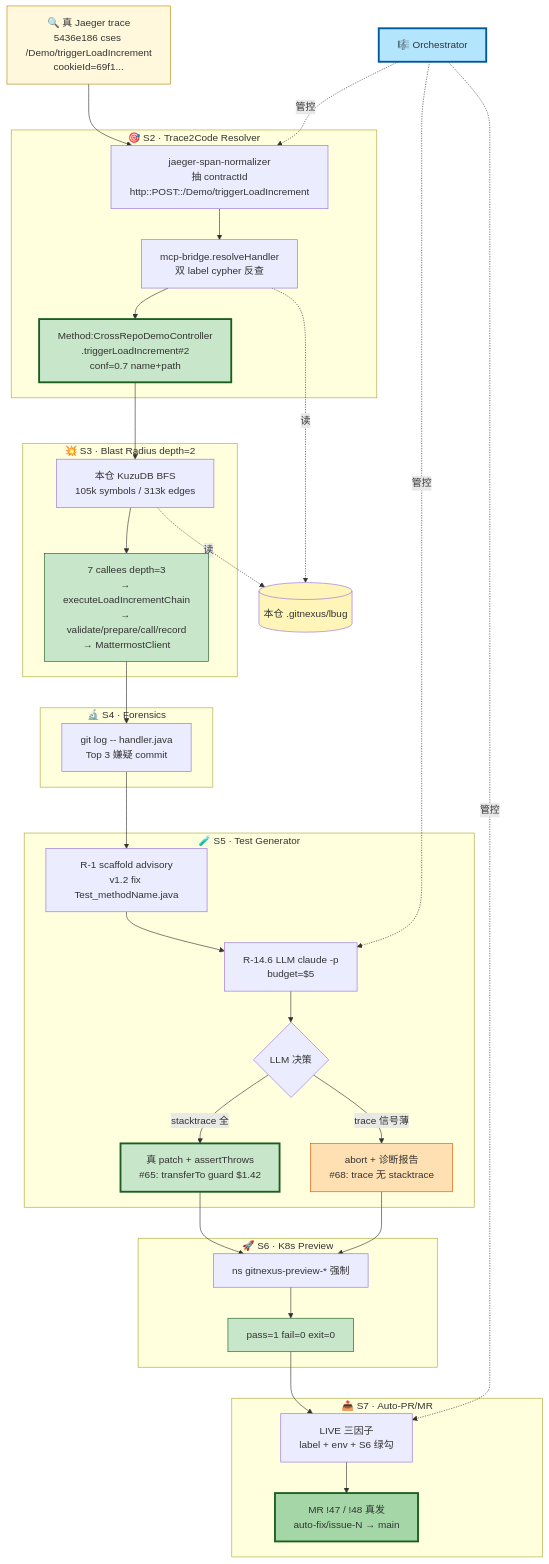
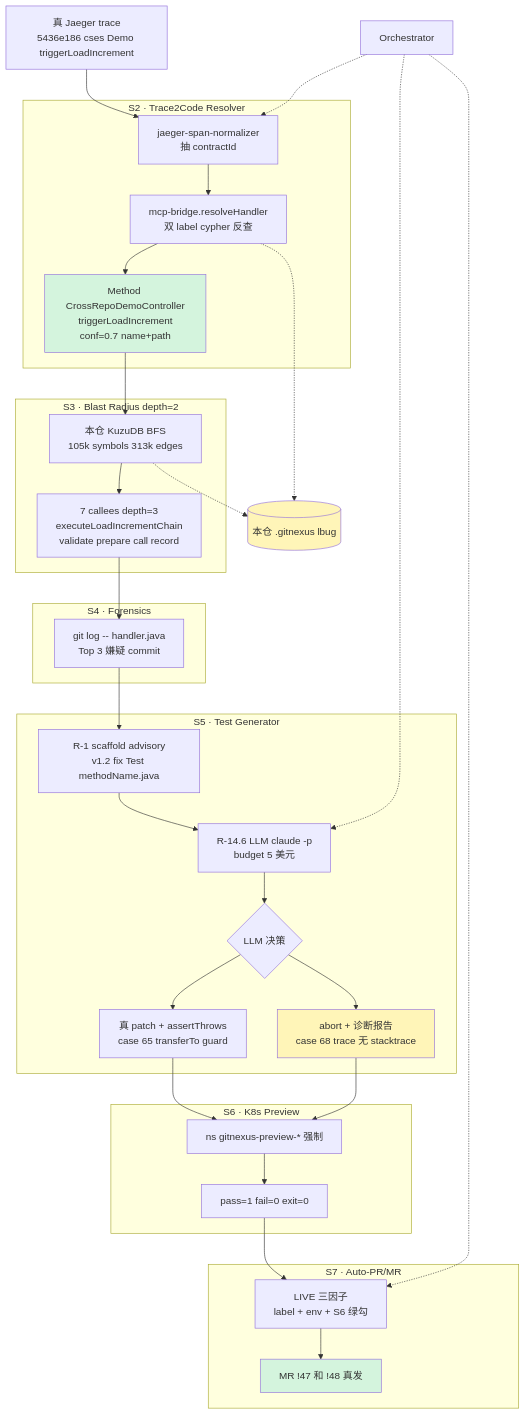
The diagram in docs/learn/diagrams/19-single-repo-blast.mmd (zxs1633079383/GitNexus), drawn with Mermaid before and after one commit. The commit also changed 3 other files, not shown here.

First line of the commit message:
style(diagrams): 4 mmd 大幅简化 — 跟 17.lbug-diff.mmd 极简风对齐

```diff
--- a/docs/learn/diagrams/19-single-repo-blast.mmd
+++ b/docs/learn/diagrams/19-single-repo-blast.mmd
@@ -1,75 +1,70 @@
 %% 单仓爆炸半径 — cses 内部一条 trace 完整 7 阶段
 %% v1.2 sprint 2026-05-01 / issue #65 → MR !47 / #68 → MR !48
 %% 配套：session §25 / 路线图 v2.1 §12
 
 flowchart TB
-    TRACE[🔍 真 Jaeger trace<br/>5436e186 cses /Demo/triggerLoadIncrement<br/>cookieId=69f1...]
+    TRACE[真 Jaeger trace<br/>5436e186 cses Demo triggerLoadIncrement]
 
-    subgraph S2_BLOCK["🎯 S2 · Trace2Code Resolver"]
-        S2_NORM[jaeger-span-normalizer<br/>抽 contractId<br/>http::POST::/Demo/triggerLoadIncrement]
+    subgraph S2_BLOCK["S2 · Trace2Code Resolver"]
+        S2_NORM[jaeger-span-normalizer<br/>抽 contractId]
         S2_CY[mcp-bridge.resolveHandler<br/>双 label cypher 反查]
-        S2_HIT[Method:CrossRepoDemoController<br/>.triggerLoadIncrement#2<br/>conf=0.7 name+path]
+        S2_HIT[Method CrossRepoDemoController<br/>triggerLoadIncrement<br/>conf=0.7 name+path]
     end
 
-    subgraph S3_BLOCK["💥 S3 · Blast Radius depth=2"]
-        S3_LOCAL[本仓 KuzuDB BFS<br/>105k symbols / 313k edges]
-        S3_RES[7 callees depth=3<br/>→ executeLoadIncrementChain<br/>→ validate/prepare/call/record<br/>→ MattermostClient]
+    subgraph S3_BLOCK["S3 · Blast Radius depth=2"]
+        S3_LOCAL[本仓 KuzuDB BFS<br/>105k symbols 313k edges]
+        S3_RES[7 callees depth=3<br/>executeLoadIncrementChain<br/>validate prepare call record]
     end
 
-    subgraph S4_BLOCK["🔬 S4 · Forensics"]
+    subgraph S4_BLOCK["S4 · Forensics"]
         S4_RES[git log -- handler.java<br/>Top 3 嫌疑 commit]
     end
 
-    subgraph S5_BLOCK["🧪 S5 · Test Generator"]
-        S5_R1[R-1 scaffold advisory<br/>v1.2 fix Test_methodName.java]
-        S5_LLM[R-14.6 LLM claude -p<br/>budget=$5]
+    subgraph S5_BLOCK["S5 · Test Generator"]
+        S5_R1[R-1 scaffold advisory<br/>v1.2 fix Test methodName.java]
+        S5_LLM[R-14.6 LLM claude -p<br/>budget 5 美元]
         S5_DECISION{LLM 决策}
-        S5_PATCH[真 patch + assertThrows<br/>#65: transferTo guard $1.42]
-        S5_ABORT[abort + 诊断报告<br/>#68: trace 无 stacktrace]
+        S5_PATCH[真 patch + assertThrows<br/>case 65 transferTo guard]
+        S5_ABORT[abort + 诊断报告<br/>case 68 trace 无 stacktrace]
     end
 
-    subgraph S6_BLOCK["🚀 S6 · K8s Preview"]
+    subgraph S6_BLOCK["S6 · K8s Preview"]
         S6_NS[ns gitnexus-preview-* 强制]
         S6_GREEN[pass=1 fail=0 exit=0]
     end
 
-    subgraph S7_BLOCK["📤 S7 · Auto-PR/MR"]
+    subgraph S7_BLOCK["S7 · Auto-PR/MR"]
         S7_GATE[LIVE 三因子<br/>label + env + S6 绿勾]
-        S7_MR[MR !47 / !48 真发<br/>auto-fix/issue-N → main]
+        S7_MR[MR !47 和 !48 真发]
     end
 
-    REPO_LBUG[(本仓 .gitnexus/lbug)]
-    ORCH[🎼 Orchestrator]
+    REPO_LBUG[(本仓 .gitnexus lbug)]
+    ORCH[Orchestrator]
 
     TRACE --> S2_NORM
     S2_NORM --> S2_CY
-    S2_CY -.读.-> REPO_LBUG
+    S2_CY -.-> REPO_LBUG
     S2_CY --> S2_HIT
     S2_HIT --> S3_LOCAL
-    S3_LOCAL -.读.-> REPO_LBUG
+    S3_LOCAL -.-> REPO_LBUG
     S3_LOCAL --> S3_RES
     S3_RES --> S4_RES
     S4_RES --> S5_R1
     S5_R1 --> S5_LLM
     S5_LLM --> S5_DECISION
-    S5_DECISION -->|stacktrace 全| S5_PATCH
-    S5_DECISION -->|trace 信号薄| S5_ABORT
+    S5_DECISION --> S5_PATCH
+    S5_DECISION --> S5_ABORT
     S5_PATCH --> S6_NS
     S5_ABORT --> S6_NS
     S6_NS --> S6_GREEN
     S6_GREEN --> S7_GATE
     S7_GATE --> S7_MR
 
-    ORCH -.管控.-> S2_NORM
-    ORCH -.管控.-> S5_LLM
-    ORCH -.管控.-> S7_GATE
+    ORCH -.-> S2_NORM
+    ORCH -.-> S5_LLM
+    ORCH -.-> S7_GATE
 
-    style S2_HIT fill:#c8e6c9,stroke:#1b5e20,stroke-width:3px
-    style S3_RES fill:#c8e6c9,stroke:#1b5e20
-    style S5_PATCH fill:#c8e6c9,stroke:#1b5e20,stroke-width:3px
-    style S5_ABORT fill:#ffe0b2,stroke:#e65100
-    style S6_GREEN fill:#c8e6c9,stroke:#1b5e20
-    style S7_MR fill:#a5d6a7,stroke:#1b5e20,stroke-width:3px
+    style S7_MR fill:#d4f4dd
+    style S2_HIT fill:#d4f4dd
+    style S5_ABORT fill:#fff5b8
     style REPO_LBUG fill:#fff5b8
-    style ORCH fill:#b3e5fc,stroke:#01579b,stroke-width:3px
-    style TRACE fill:#fff8dc,stroke:#b8860b
```
